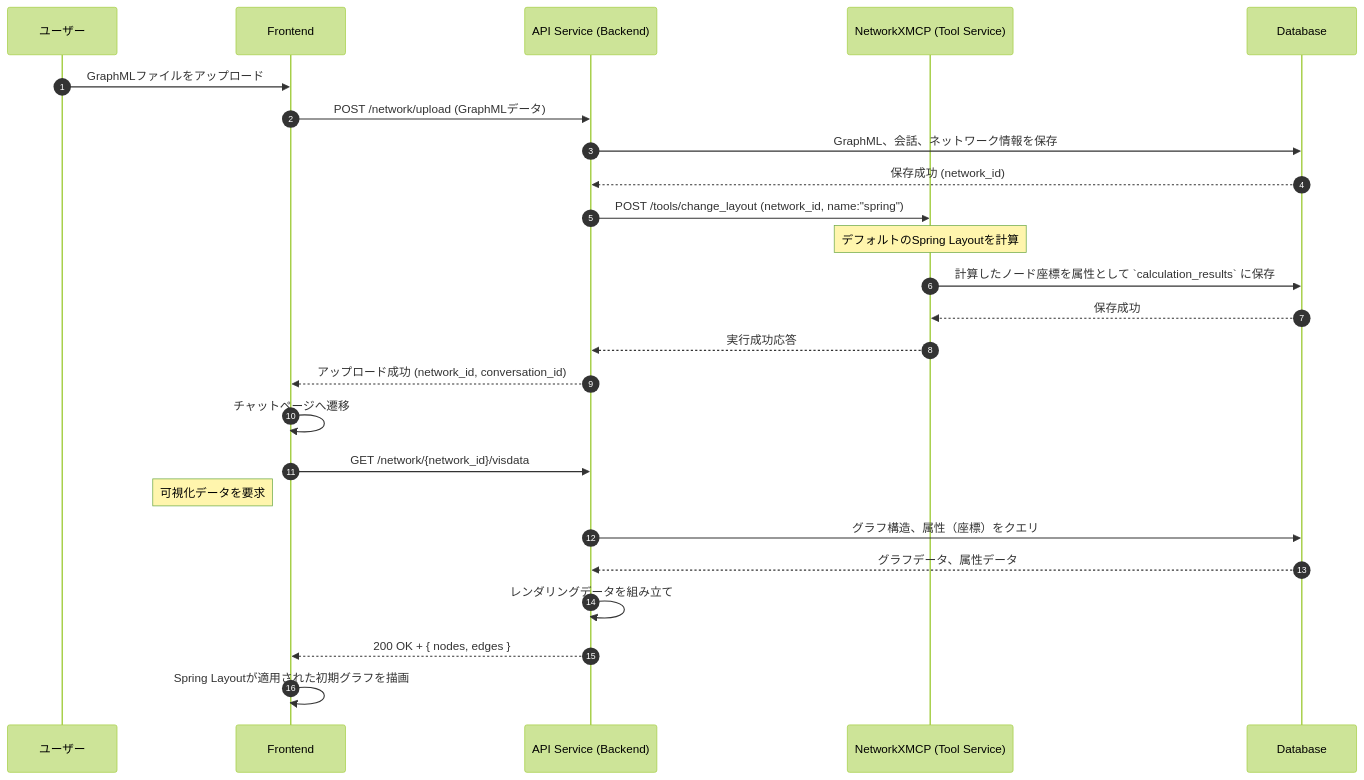
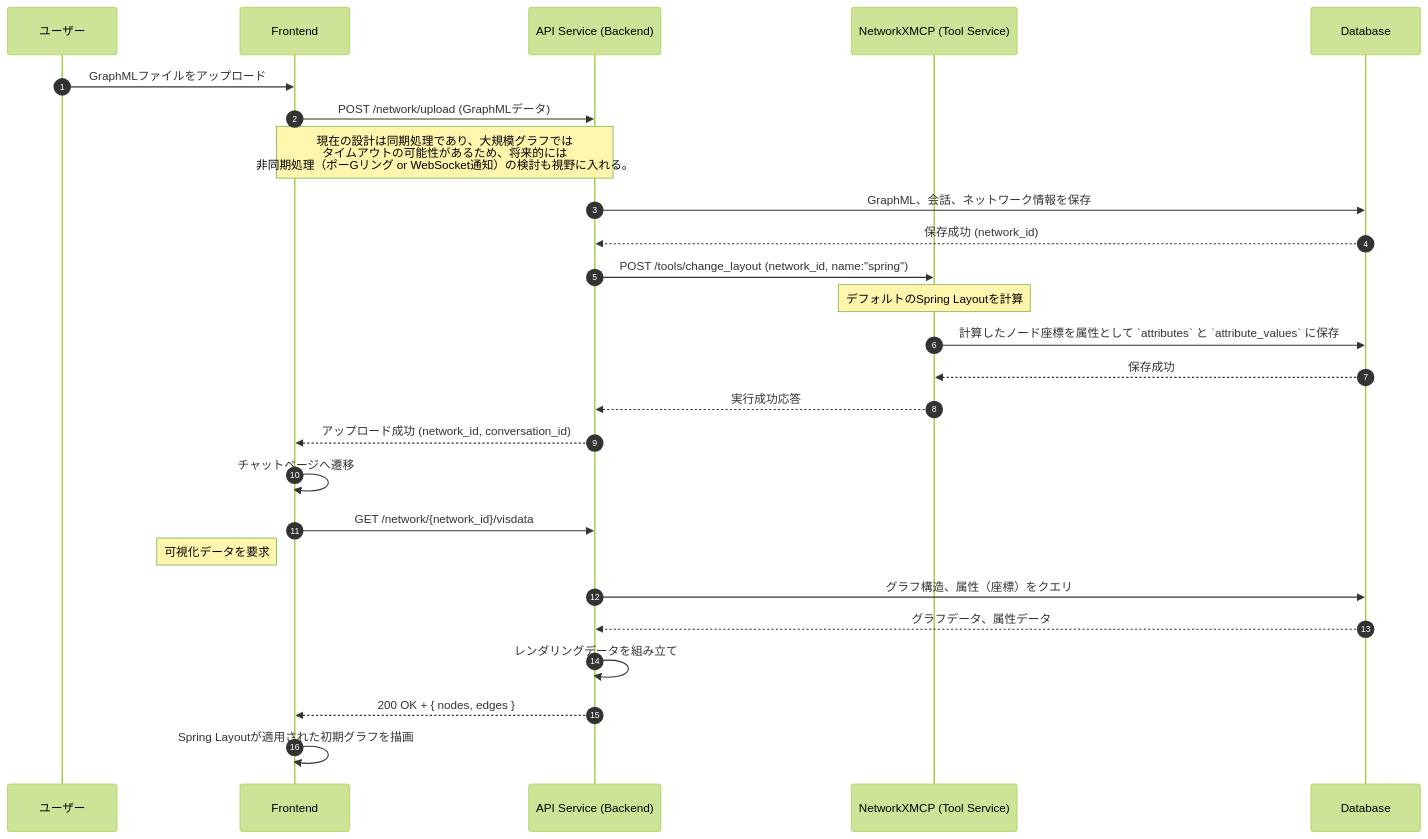
Before and after one commit to vdslab/LLMGraphvis: the first of 3 diagrams in specification/Interactions.md, drawn with Mermaid (forest theme). The commit also changed other lines of this file and 6 other files, not shown here.

````diff
--- a/specification/Interactions.md
+++ b/specification/Interactions.md
@@ -13,37 +13,38 @@
 ```mermaid
 sequenceDiagram
     autonumber
     participant U as ユーザー
     participant F as Frontend
     participant B as API Service (Backend)
     participant N as NetworkXMCP (Tool Service)
     participant DB as Database
 
     %% Step 1: User uploads a file
     U->>F: GraphMLファイルをアップロード
     F->>B: POST /network/upload (GraphMLデータ)
+    note over B,F: 現在の設計は同期処理であり、大規模グラフでは<br/>タイムアウトの可能性があるため、将来的には<br/>非同期処理（ポーGリング or WebSocket通知）の検討も視野に入れる。
 
     %% Step 2: Backend saves initial data and requests default layout calculation
     B->>DB: GraphML、会話、ネットワーク情報を保存
     DB-->>B: 保存成功 (network_id)
     B->>N: POST /tools/change_layout (network_id, name:"spring")
     note over N: デフォルトのSpring Layoutを計算
 
     %% Step 3: NetworkXMCP computes and saves layout as an attribute
-    N->>DB: 計算したノード座標を属性として `calculation_results` に保存
+    N->>DB: 計算したノード座標を属性として `attributes` と `attribute_values` に保存
     DB-->>N: 保存成功
     N-->>B: 実行成功応答
     B-->>F: アップロード成功 (network_id, conversation_id)
 
     %% Step 4: Frontend navigates and fetches the initial graph data
     F->>F: チャットページへ遷移
     F->>B: GET /network/{network_id}/visdata
     note left of F: 可視化データを要求
     B->>DB: グラフ構造、属性（座標）をクエリ
     DB-->>B: グラフデータ、属性データ
     B->>B: レンダリングデータを組み立て
     B-->>F: 200 OK + { nodes, edges }
 
     %% Step 5: Frontend renders the initial graph
     F->>F: Spring Layoutが適用された初期グラフを描画
 ```
````
